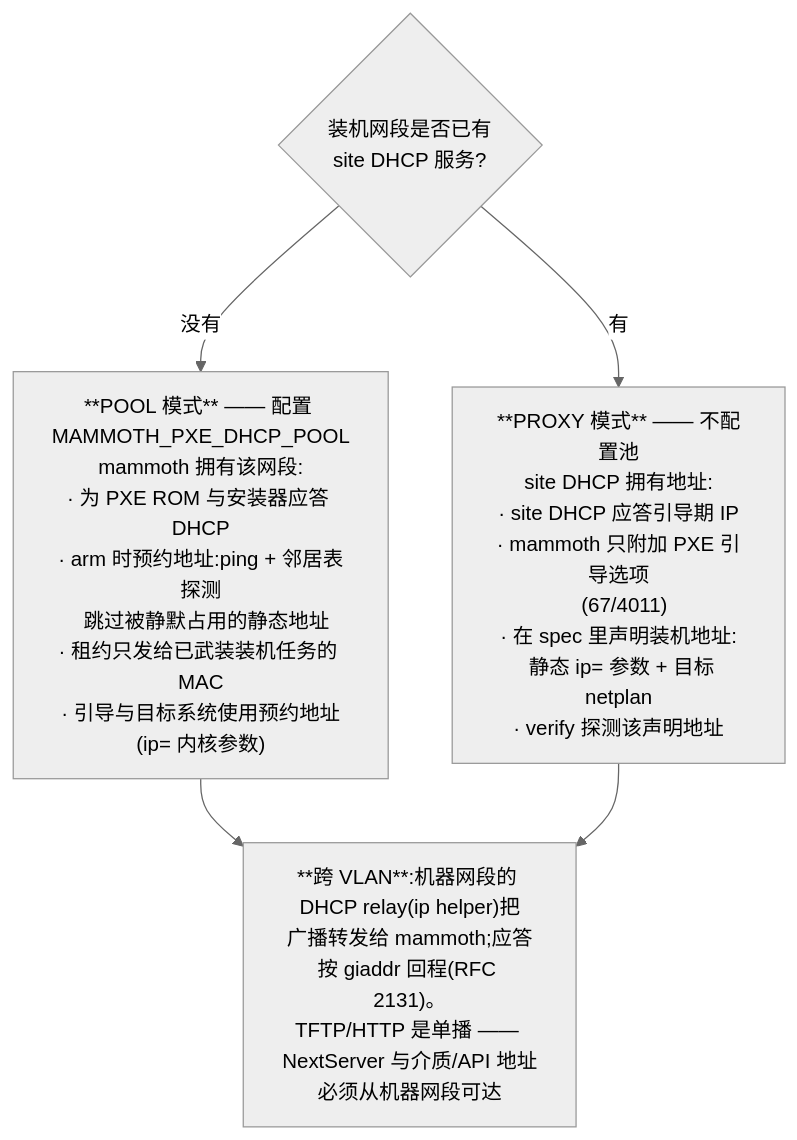
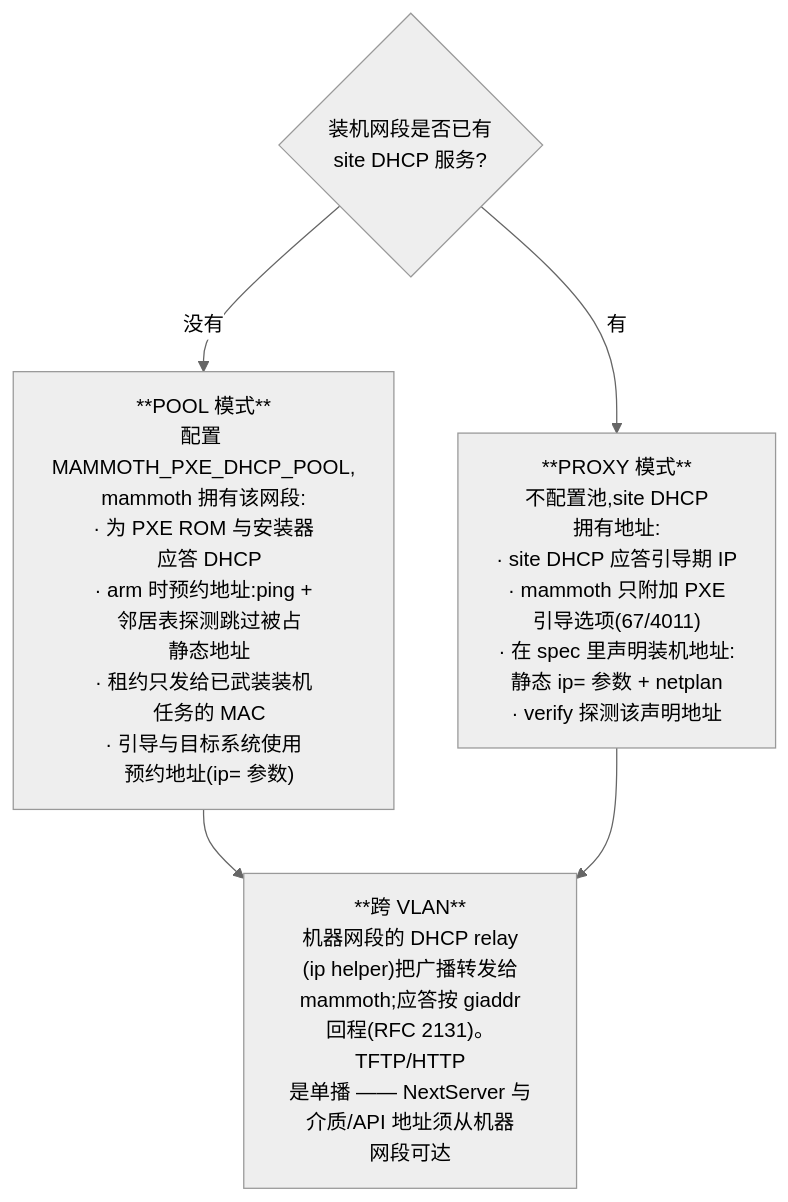
One commit to 3th1nk/mammoth changed the second of 2 diagrams in README.zh-CN.md. Above: the diagram before and after it, drawn with Mermaid (neutral theme).

Commit message:
docs(readme): DHCP 决策图节点重排——粗体独立成行、长 token 独占一行、全部行宽收紧修复溢出

````diff
--- a/README.zh-CN.md
+++ b/README.zh-CN.md
@@ -69,8 +69,8 @@
 ```mermaid
 flowchart TD
     q{"装机网段是否已有<br/>site DHCP 服务?"}
-    q -- "没有" --> pool["**POOL 模式** —— 配置 MAMMOTH_PXE_DHCP_POOL<br/>mammoth 拥有该网段:<br/>· 为 PXE ROM 与安装器应答 DHCP<br/>· arm 时预约地址:ping + 邻居表探测<br/>  跳过被静默占用的静态地址<br/>· 租约只发给已武装装机任务的 MAC<br/>· 引导与目标系统使用预约地址<br/>(ip= 内核参数)"]
-    q -- "有" --> proxy["**PROXY 模式** —— 不配置池<br/>site DHCP 拥有地址:<br/>· site DHCP 应答引导期 IP<br/>· mammoth 只附加 PXE 引导选项<br/>  (67/4011)<br/>· 在 spec 里声明装机地址:<br/>  静态 ip= 参数 + 目标 netplan<br/>· verify 探测该声明地址"]
-    pool --> vlan["**跨 VLAN**:机器网段的 DHCP relay(ip helper)把<br/>广播转发给 mammoth;应答按 giaddr 回程(RFC 2131)。<br/>TFTP/HTTP 是单播 —— NextServer 与介质/API 地址<br/>必须从机器网段可达"]
+    q -- "没有" --> pool["**POOL 模式**<br/>配置 MAMMOTH_PXE_DHCP_POOL,<br/>mammoth 拥有该网段:<br/>· 为 PXE ROM 与安装器<br/>  应答 DHCP<br/>· arm 时预约地址:ping +<br/>  邻居表探测跳过被占<br/>  静态地址<br/>· 租约只发给已武装装机<br/>  任务的 MAC<br/>· 引导与目标系统使用<br/>  预约地址(ip= 参数)"]
+    q -- "有" --> proxy["**PROXY 模式**<br/>不配置池,site DHCP<br/>拥有地址:<br/>· site DHCP 应答引导期 IP<br/>· mammoth 只附加 PXE<br/>  引导选项(67/4011)<br/>· 在 spec 里声明装机地址:<br/>  静态 ip= 参数 + netplan<br/>· verify 探测该声明地址"]
+    pool --> vlan["**跨 VLAN**<br/>机器网段的 DHCP relay<br/>(ip helper)把广播转发给<br/>mammoth;应答按 giaddr<br/>回程(RFC 2131)。TFTP/HTTP<br/>是单播 —— NextServer 与<br/>介质/API 地址须从机器<br/>网段可达"]
     proxy --> vlan
 ```
````
